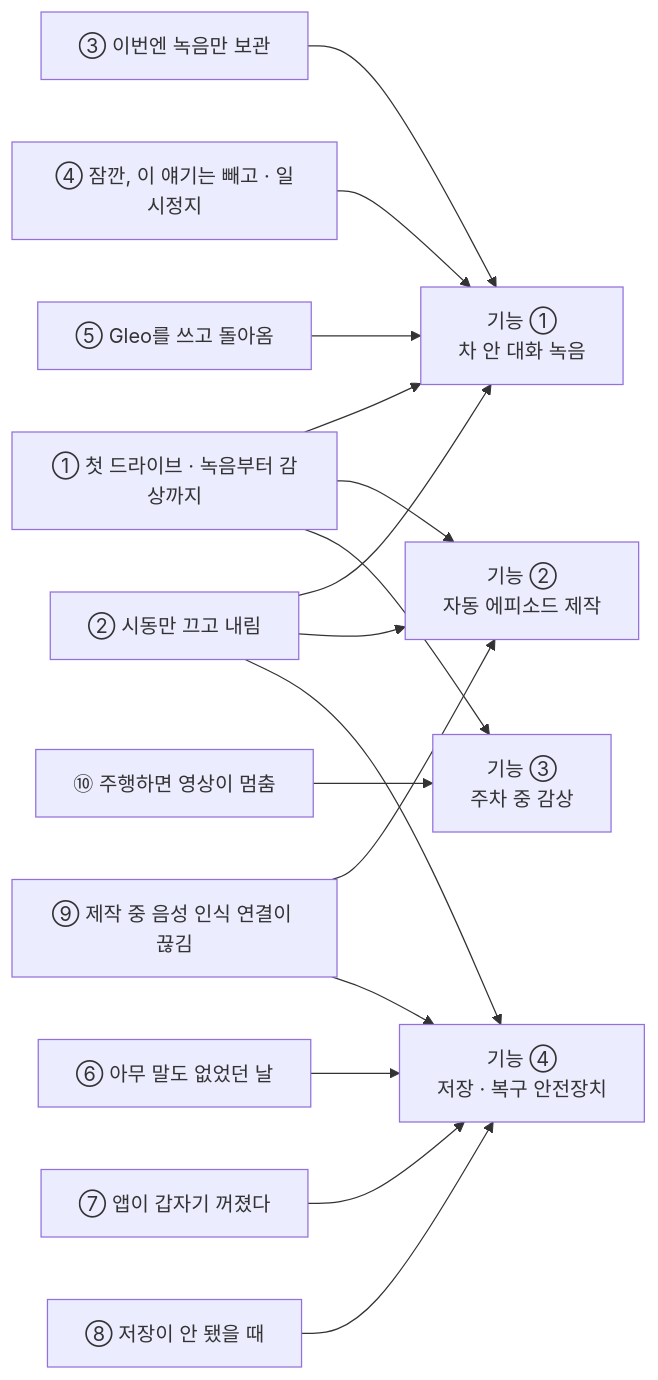
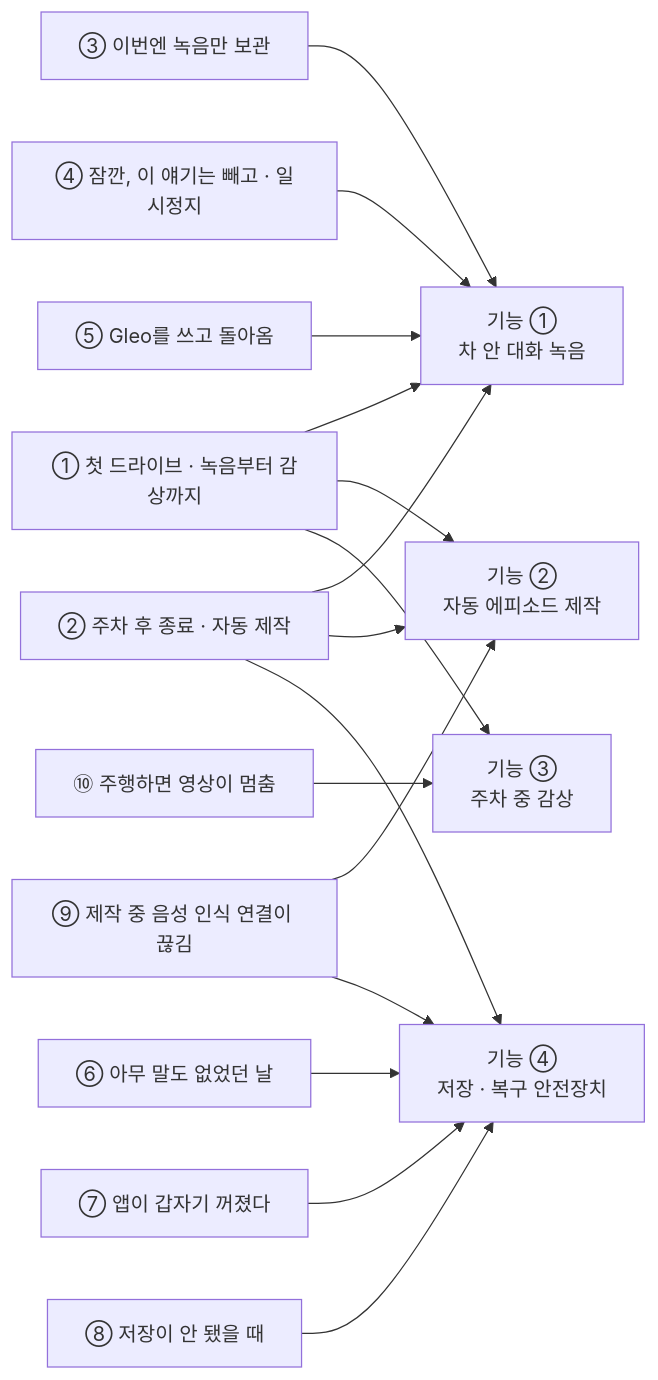
One commit to Controllls/tikitaka changed the fourth of 4 diagrams in README.md. Above: the diagram before and after it, drawn with Mermaid. The commit also changed other lines of this file and 2 other files, not shown here.

````diff
--- a/README.md
+++ b/README.md
@@ -216,34 +217,34 @@
 ```mermaid
 flowchart LR
     s1["① 첫 드라이브 · 녹음부터 감상까지"]
-    s2["② 시동만 끄고 내림"]
+    s2["② 주차 후 종료 · 자동 제작"]
     s3["③ 이번엔 녹음만 보관"]
     s4["④ 잠깐, 이 얘기는 빼고 · 일시정지"]
     s5["⑤ Gleo를 쓰고 돌아옴"]
     s6["⑥ 아무 말도 없었던 날"]
     s7["⑦ 앱이 갑자기 꺼졌다"]
     s8["⑧ 저장이 안 됐을 때"]
     s9["⑨ 제작 중 음성 인식 연결이 끊김"]
     s10["⑩ 주행하면 영상이 멈춤"]
 
     f1["기능 ①<br/>차 안 대화 녹음"]
     f2["기능 ②<br/>자동 에피소드 제작"]
     f3["기능 ③<br/>주차 중 감상"]
     f4["기능 ④<br/>저장 · 복구 안전장치"]
 
     s1 --> f1
     s1 --> f2
     s1 --> f3
     s2 --> f1
     s2 --> f2
     s2 --> f4
     s3 --> f1
     s4 --> f1
     s5 --> f1
     s6 --> f4
     s7 --> f4
     s8 --> f4
     s9 --> f2
     s9 --> f4
     s10 --> f3
 ```
````
